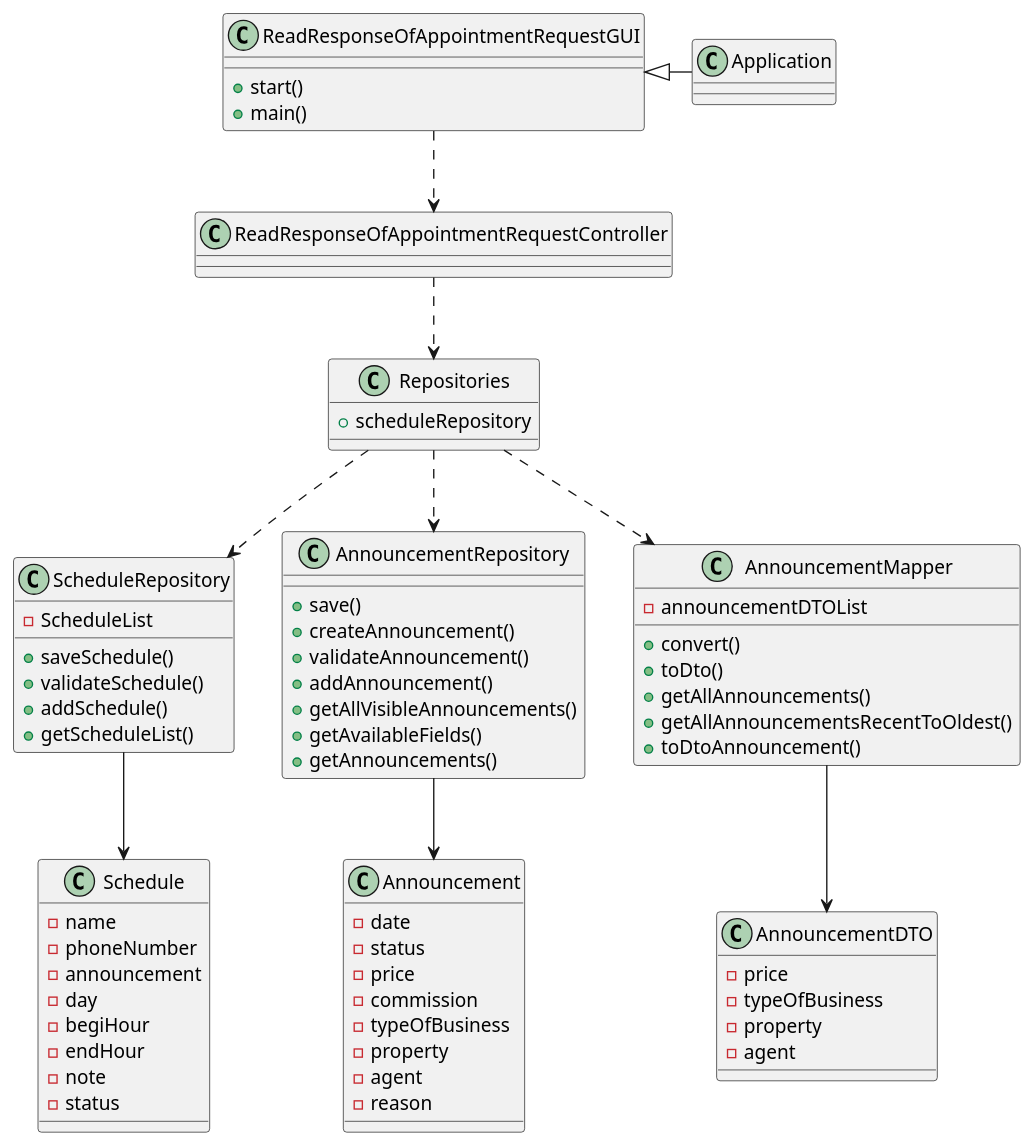
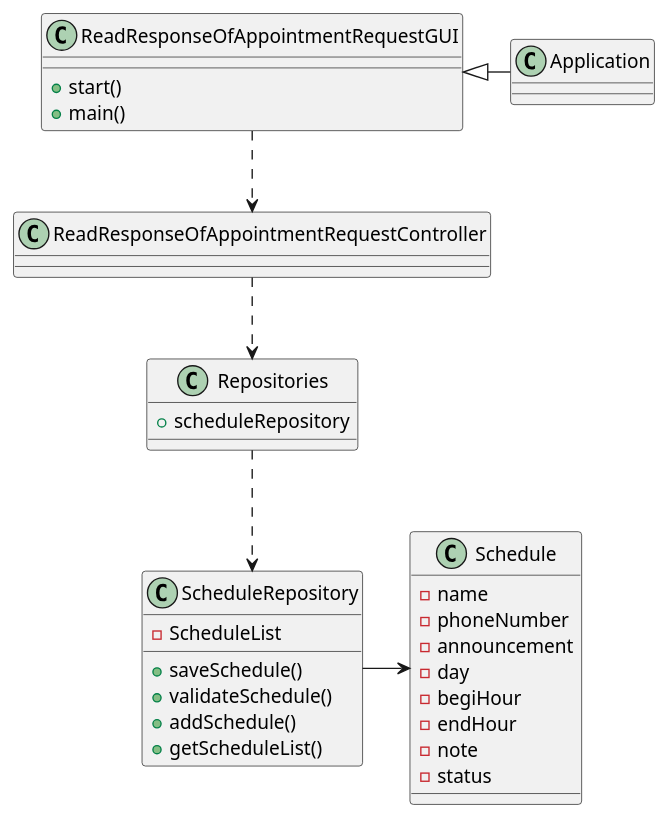
One commit to tiagohcorreia/LAPR2 changed the diagram in docs/sprintD/US020/03.design/puml/CD.puml. Above: the diagram before and after it, drawn with PlantUML. The commit also changed 6 other files, not shown here.

```diff
--- a/docs/sprintD/US020/03.design/puml/CD.puml
+++ b/docs/sprintD/US020/03.design/puml/CD.puml
@@ -1,95 +1,48 @@
 @startuml
 
 
 class ReadResponseOfAppointmentRequestGUI {
 
     + start()
     + main()
 }
 
 class ReadResponseOfAppointmentRequestController {
 
 }
-
-
 
 class Schedule {
 
     - name
     - phoneNumber
     - announcement
     - day
     - begiHour
     - endHour
     - note
     - status
 }
 
 class Repositories {
 
     + scheduleRepository
 }
 
 class ScheduleRepository {
 
     - ScheduleList
     + saveSchedule()
     + validateSchedule()
     + addSchedule()
     + getScheduleList()
 }
 
-class AnnouncementRepository {
-
-    + save()
-    + createAnnouncement()
-    + validateAnnouncement()
-    + addAnnouncement()
-    + getAllVisibleAnnouncements()
-    + getAvailableFields()
-    + getAnnouncements()
-}
-
-class AnnouncementDTO {
-
-    - price
-    - typeOfBusiness
-    - property
-    - agent
-}
-
-class AnnouncementMapper {
-
-    - announcementDTOList
-    + convert()
-    + toDto()
-    + getAllAnnouncements()
-    + getAllAnnouncementsRecentToOldest()
-    + toDtoAnnouncement()
-}
-
-class Announcement {
-
-    -  date
-    -  status
-    -  price
-    -  commission
-    -  typeOfBusiness
-    -  property
-    -  agent
-    -  reason
-}
-
 
 ReadResponseOfAppointmentRequestGUI ..> ReadResponseOfAppointmentRequestController
 ReadResponseOfAppointmentRequestController ..> Repositories
-Repositories ..> AnnouncementRepository
-AnnouncementRepository --> Announcement
-Repositories ..> AnnouncementMapper
 Repositories ..> ScheduleRepository
-AnnouncementMapper --> AnnouncementDTO
-ScheduleRepository --> Schedule
+ScheduleRepository -right-> Schedule
 Application -left-|> ReadResponseOfAppointmentRequestGUI
 
 
 @enduml
```
